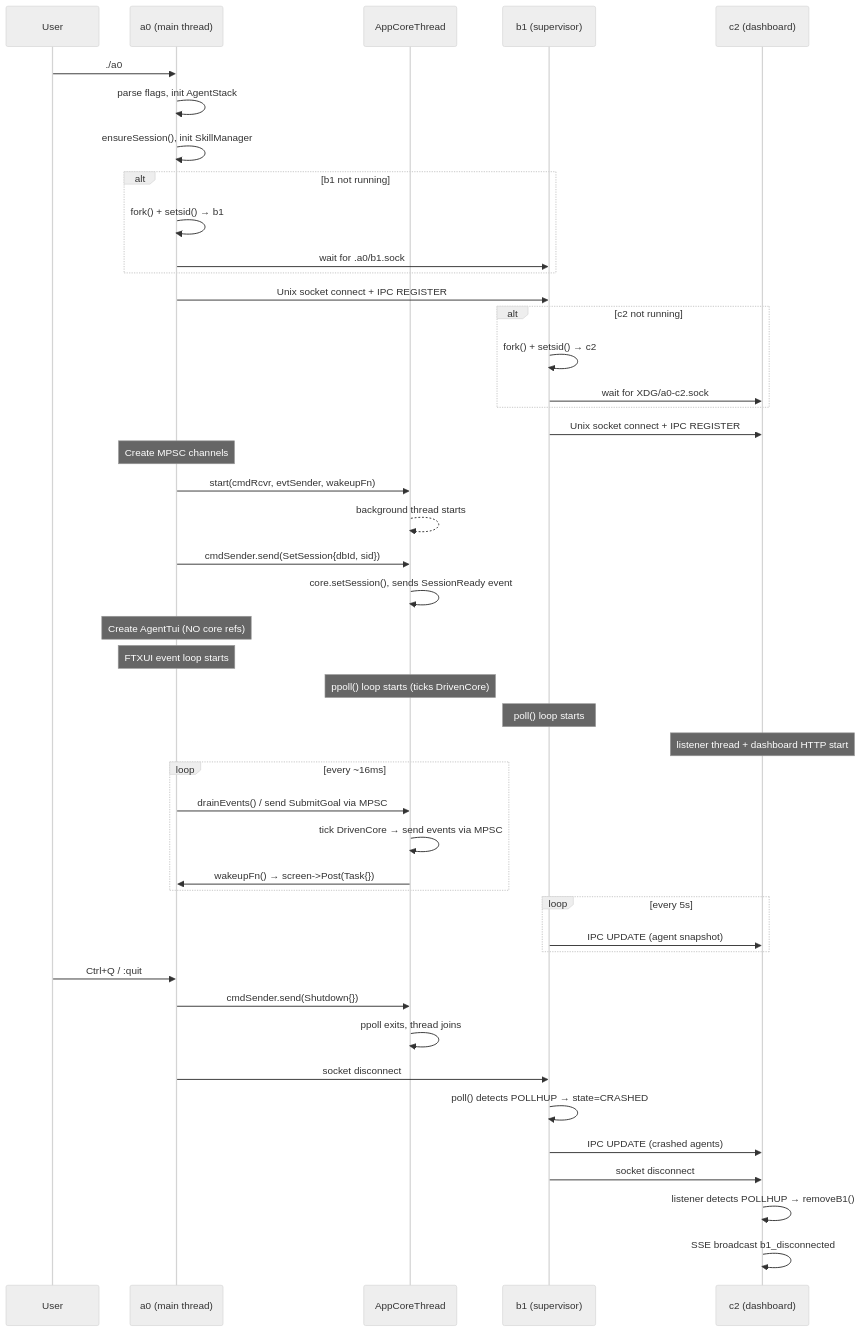
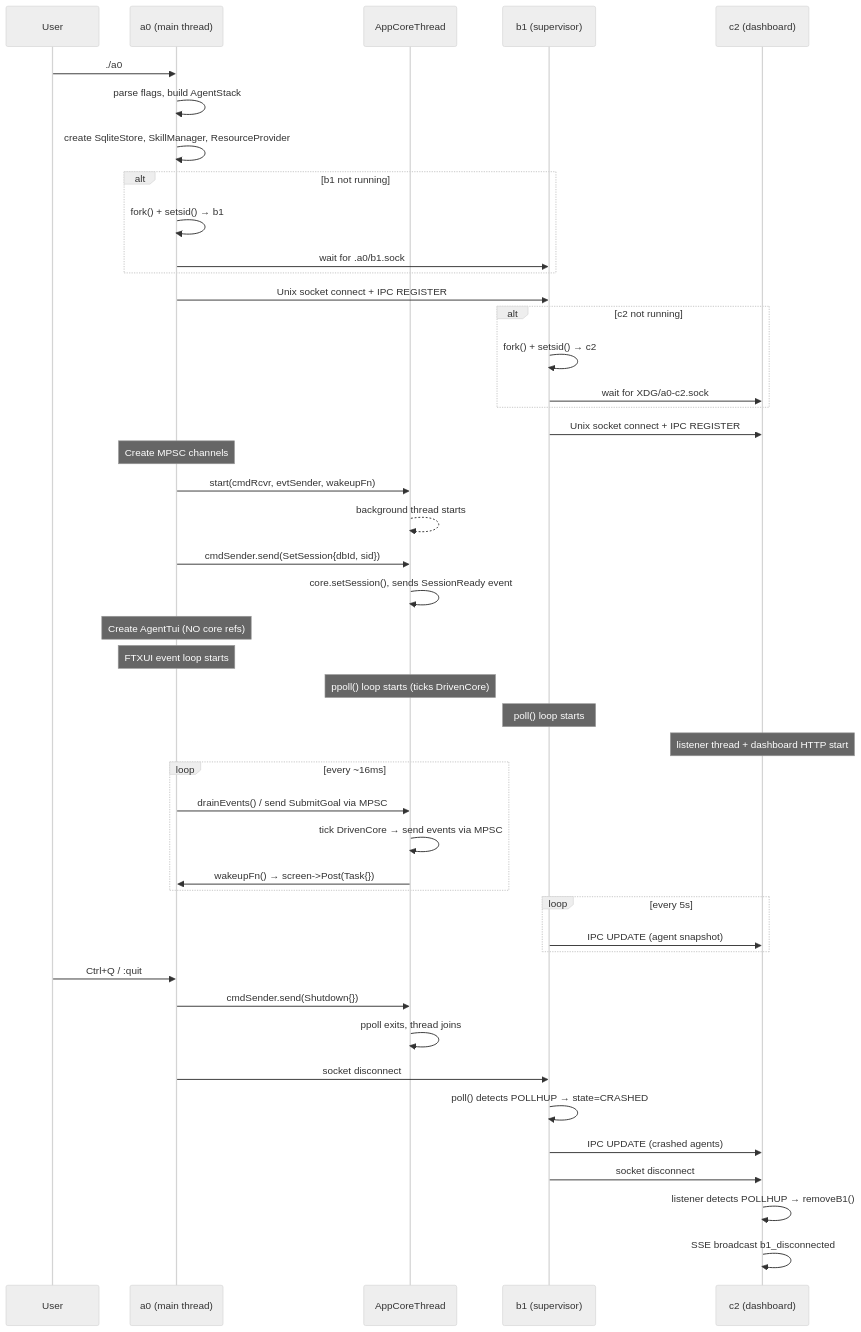
Before and after one commit to opensassi/a0: the second of 6 diagrams in specs/concurrency-model.md, drawn with Mermaid (neutral theme). The commit also changed other lines of this file and 165 other files, not shown here.

````diff
--- a/specs/concurrency-model.md
+++ b/specs/concurrency-model.md
@@ -91,57 +88,57 @@
 ```mermaid
 sequenceDiagram
     participant USER as User
     participant A0 as a0 (main thread)
     participant ACT as AppCoreThread
     participant B1 as b1 (supervisor)
     participant C2 as c2 (dashboard)
 
     USER->>A0: ./a0
-    A0->>A0: parse flags, init AgentStack
-    A0->>A0: ensureSession(), init SkillManager
+    A0->>A0: parse flags, build AgentStack
+    A0->>A0: create SqliteStore, SkillManager, ResourceProvider
 
     alt b1 not running
         A0->>A0: fork() + setsid() → b1
         A0->>B1: wait for .a0/b1.sock
     end
     A0->>B1: Unix socket connect + IPC REGISTER
 
     alt c2 not running
         B1->>B1: fork() + setsid() → c2
         B1->>C2: wait for XDG/a0-c2.sock
     end
     B1->>C2: Unix socket connect + IPC REGISTER
 
     Note over A0: Create MPSC channels
     A0->>ACT: start(cmdRcvr, evtSender, wakeupFn)
     ACT-->>ACT: background thread starts
 
     A0->>ACT: cmdSender.send(SetSession{dbId, sid})
     ACT->>ACT: core.setSession(), sends SessionReady event
 
     Note over A0: Create AgentTui (NO core refs)
     Note over A0: FTXUI event loop starts
     Note over ACT: ppoll() loop starts (ticks DrivenCore)
     Note over B1: poll() loop starts
     Note over C2: listener thread + dashboard HTTP start
 
     loop every ~16ms
         A0->>ACT: drainEvents() / send SubmitGoal via MPSC
         ACT->>ACT: tick DrivenCore → send events via MPSC
         ACT->>A0: wakeupFn() → screen->Post(Task{})
     end
 
     loop every 5s
         B1->>C2: IPC UPDATE (agent snapshot)
     end
 
     USER->>A0: Ctrl+Q / :quit
     A0->>ACT: cmdSender.send(Shutdown{})
     ACT->>ACT: ppoll exits, thread joins
     A0->>B1: socket disconnect
     B1->>B1: poll() detects POLLHUP → state=CRASHED
     B1->>C2: IPC UPDATE (crashed agents)
     B1->>C2: socket disconnect
     C2->>C2: listener detects POLLHUP → removeB1()
     C2->>C2: SSE broadcast b1_disconnected
 ```
````
